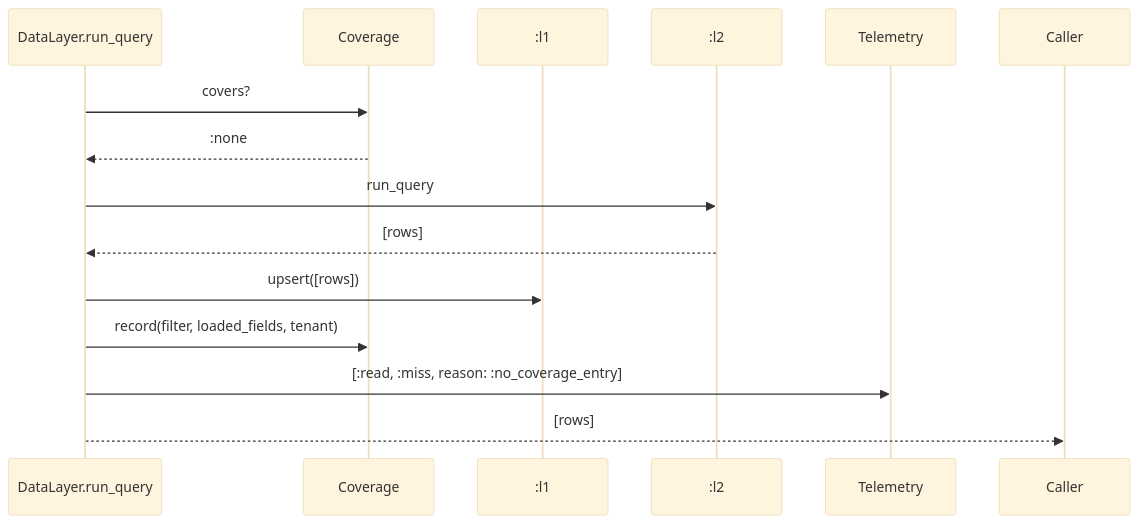
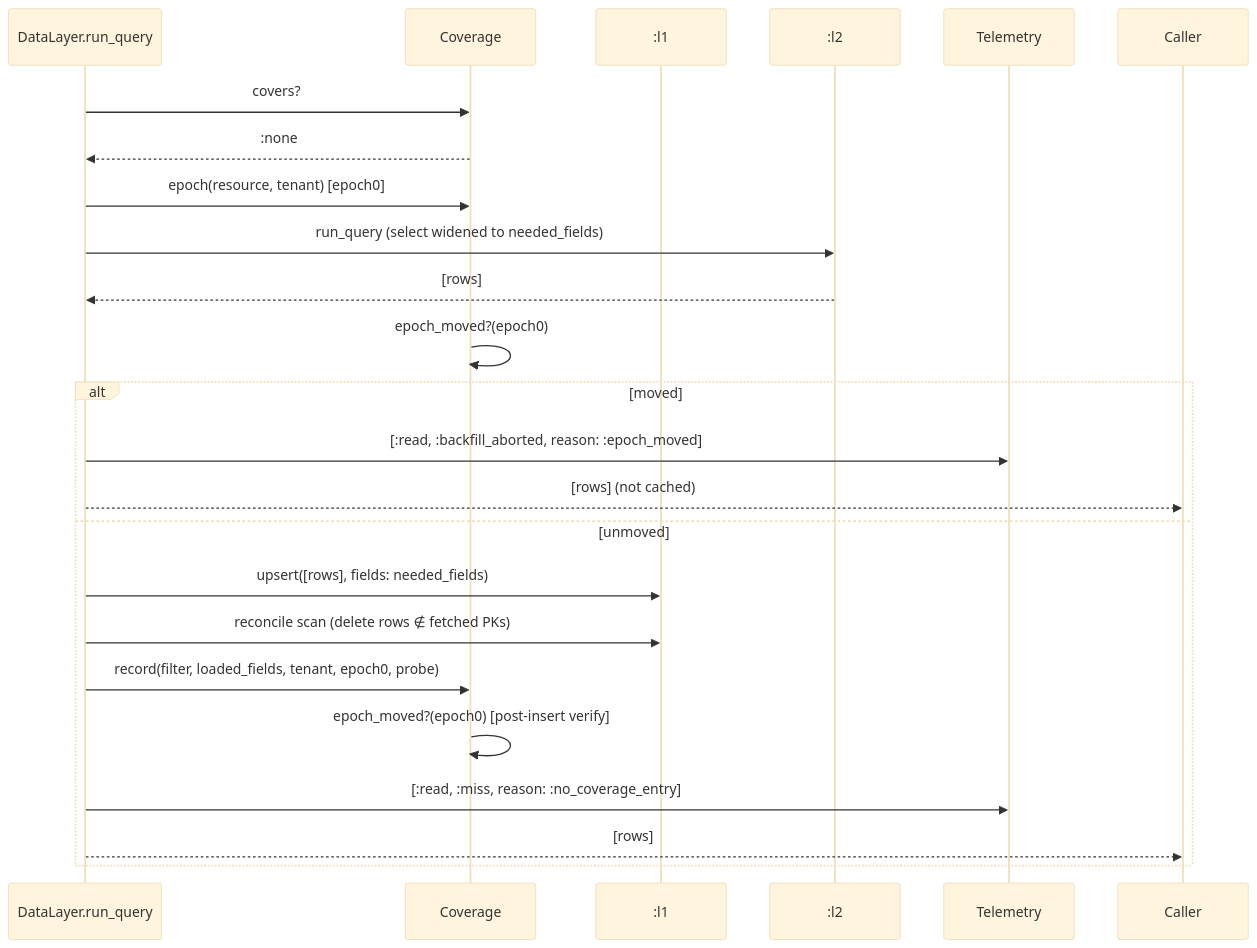
Before and after one commit to barnabasJ/ash_multi_datalayer: the fifth of 6 diagrams in docs/technical/ash-multi-datalayer.md, drawn with Mermaid (base theme). The commit also changed other lines of this file and 2 other files, not shown here.

````diff
--- a/docs/technical/ash-multi-datalayer.md
+++ b/docs/technical/ash-multi-datalayer.md
@@ -481,17 +618,26 @@
 ```mermaid
 sequenceDiagram
   participant MDL as DataLayer.run_query
   participant Cov as Coverage
   participant L1 as :l1
   participant L2 as :l2
   participant Tel as Telemetry
 
   MDL->>Cov: covers?
   Cov-->>MDL: :none
-  MDL->>L2: run_query
+  MDL->>Cov: epoch(resource, tenant) [epoch0]
+  MDL->>L2: run_query (select widened to needed_fields)
   L2-->>MDL: [rows]
-  MDL->>L1: upsert([rows])
-  MDL->>Cov: record(filter, loaded_fields, tenant)
-  MDL->>Tel: [:read, :miss, reason: :no_coverage_entry]
-  MDL-->>Caller: [rows]
+  Cov->>Cov: epoch_moved?(epoch0)
+  alt moved
+    MDL->>Tel: [:read, :backfill_aborted, reason: :epoch_moved]
+    MDL-->>Caller: [rows] (not cached)
+  else unmoved
+    MDL->>L1: upsert([rows], fields: needed_fields)
+    MDL->>L1: reconcile scan (delete rows ∉ fetched PKs)
+    MDL->>Cov: record(filter, loaded_fields, tenant, epoch0, probe)
+    Cov->>Cov: epoch_moved?(epoch0) [post-insert verify]
+    MDL->>Tel: [:read, :miss, reason: :no_coverage_entry]
+    MDL-->>Caller: [rows]
+  end
 ```
````
